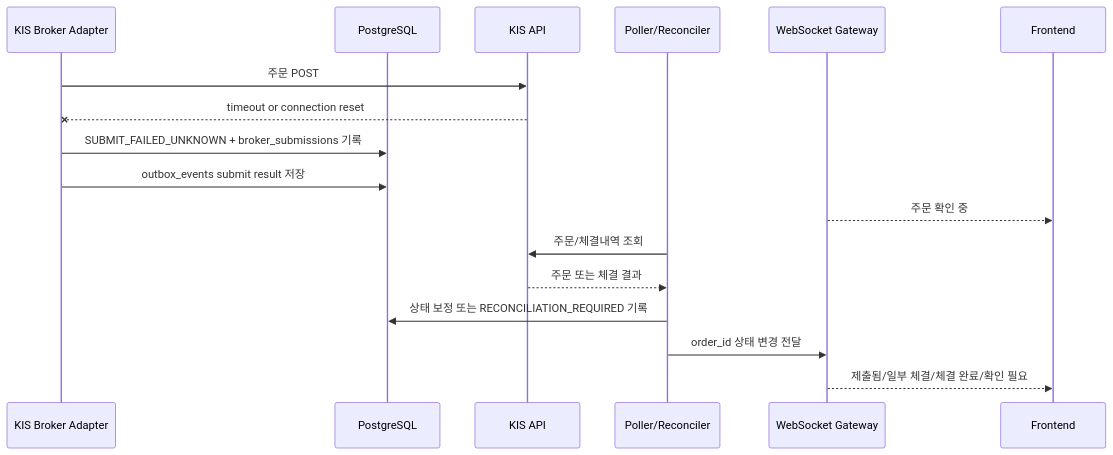
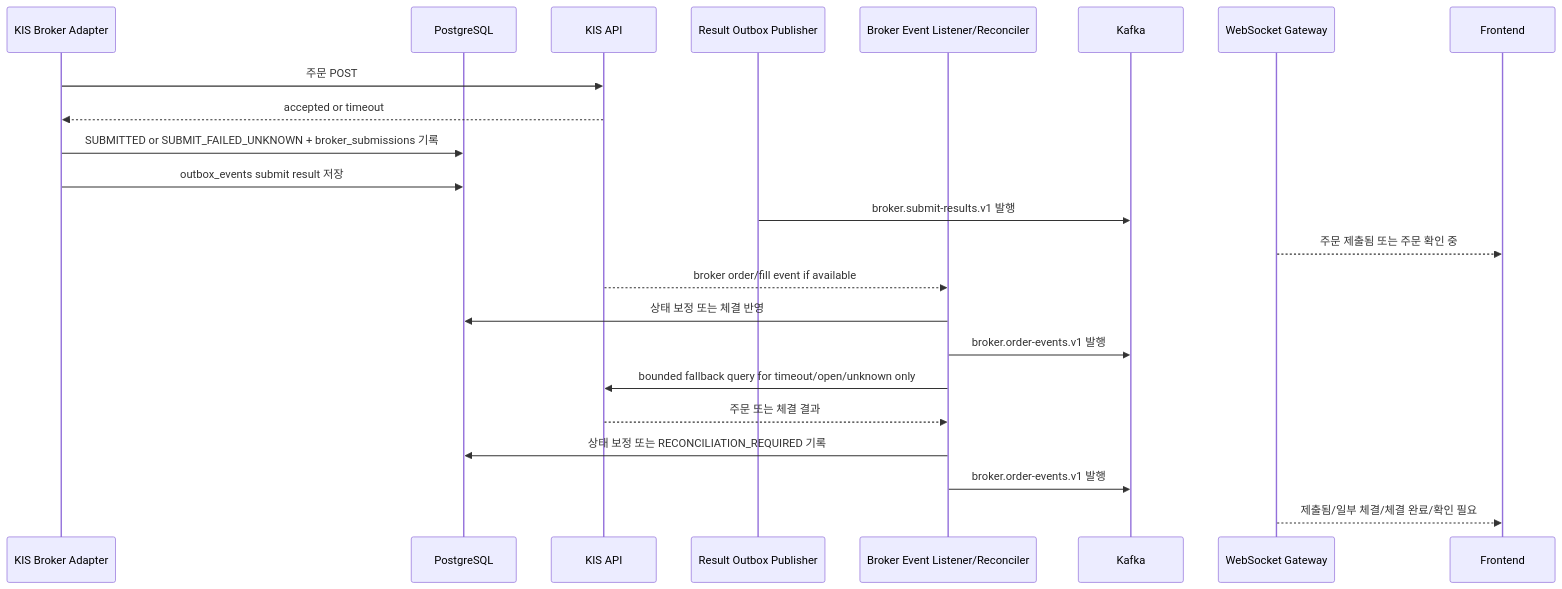
One commit to seunglee10/GOPS-BE changed the sixth of 6 diagrams in docs/architecture.md. Above: the diagram before and after it, drawn with Mermaid. The commit also changed other lines of this file and 30 other files, not shown here.

````diff
--- a/docs/architecture.md
+++ b/docs/architecture.md
@@ -187,20 +203,26 @@
 ```mermaid
 sequenceDiagram
   participant A as KIS Broker Adapter
   participant DB as PostgreSQL
   participant KIS as KIS API
-  participant P as Poller/Reconciler
+  participant RP as Result Outbox Publisher
+  participant B as Broker Event Listener/Reconciler
+  participant K as Kafka
   participant W as WebSocket Gateway
   participant FE as Frontend
 
   A->>KIS: 주문 POST
-  KIS--xA: timeout or connection reset
-  A->>DB: SUBMIT_FAILED_UNKNOWN + broker_submissions 기록
+  KIS-->>A: accepted or timeout
+  A->>DB: SUBMITTED or SUBMIT_FAILED_UNKNOWN + broker_submissions 기록
   A->>DB: outbox_events submit result 저장
-  W-->>FE: 주문 확인 중
-  P->>KIS: 주문/체결내역 조회
-  KIS-->>P: 주문 또는 체결 결과
-  P->>DB: 상태 보정 또는 RECONCILIATION_REQUIRED 기록
-  P->>W: order_id 상태 변경 전달
+  RP->>K: broker.submit-results.v1 발행
+  W-->>FE: 주문 제출됨 또는 주문 확인 중
+  KIS-->>B: broker order/fill event if available
+  B->>DB: 상태 보정 또는 체결 반영
+  B->>K: broker.order-events.v1 발행
+  B->>KIS: bounded fallback query for timeout/open/unknown only
+  KIS-->>B: 주문 또는 체결 결과
+  B->>DB: 상태 보정 또는 RECONCILIATION_REQUIRED 기록
+  B->>K: broker.order-events.v1 발행
   W-->>FE: 제출됨/일부 체결/체결 완료/확인 필요
 ```
````
